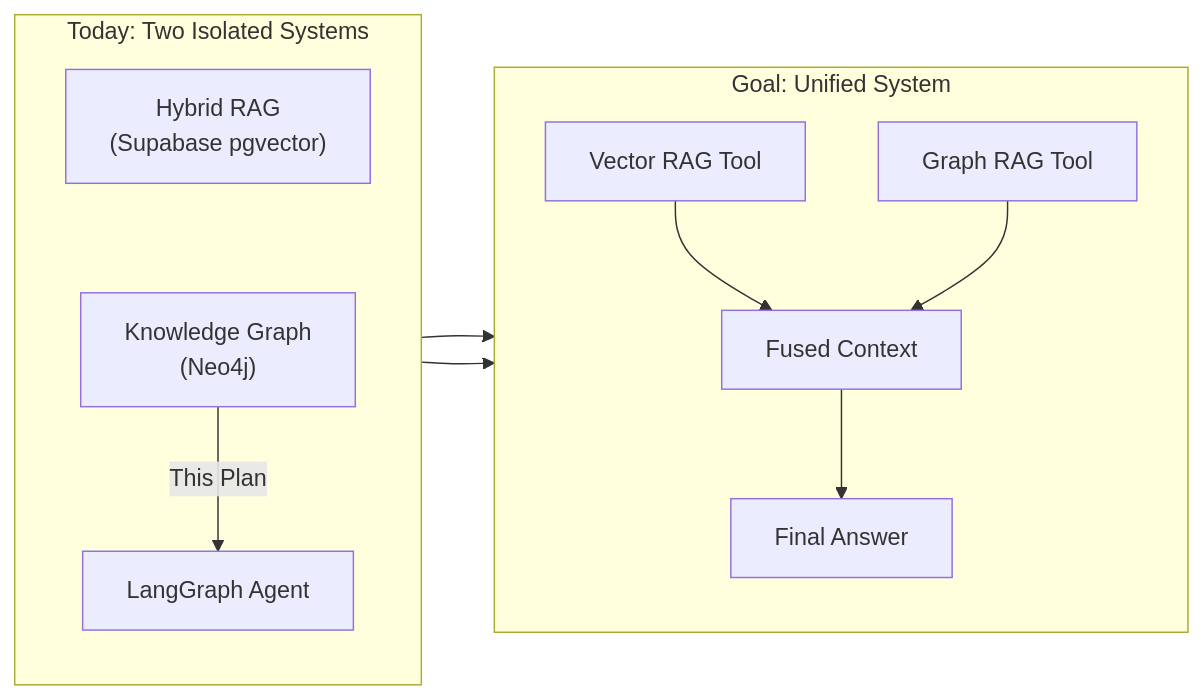
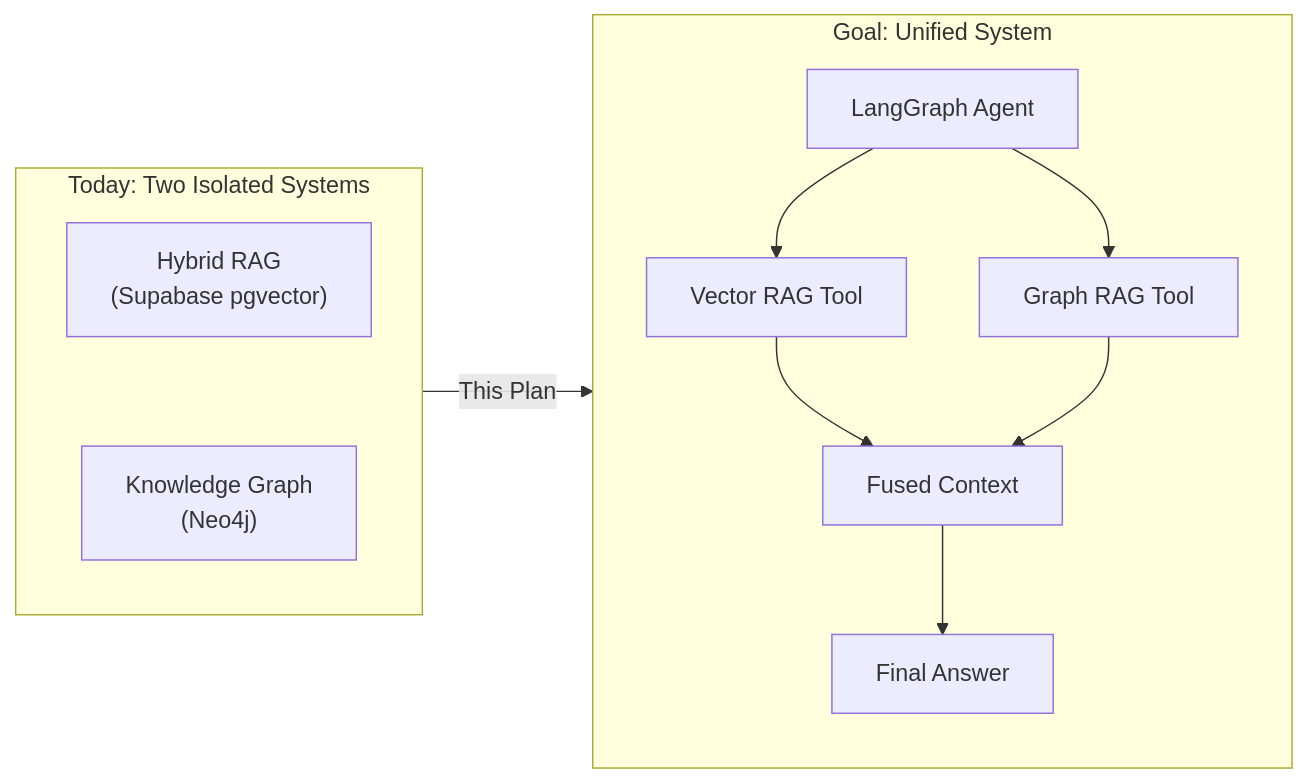
The first of 5 diagrams in docs/GRAPHRAG_INTEGRATION_PLAN.md (pranavkalal/crdc-graphrag), drawn with Mermaid before and after one commit. The commit also changed 4 other files, not shown here.

Commit message:
feat: add GraphRAG evaluation pipeline and document performance assessment results

````diff
--- a/docs/GRAPHRAG_INTEGRATION_PLAN.md
+++ b/docs/GRAPHRAG_INTEGRATION_PLAN.md
@@ -53,22 +53,23 @@
 ```mermaid
 flowchart LR
     subgraph TODAY["Today: Two Isolated Systems"]
         direction TB
         A["Hybrid RAG<br/>(Supabase pgvector)"]
         B["Knowledge Graph<br/>(Neo4j)"]
         A ~~~ B
+    end
+
     B -->|"This Plan"| C
-    end
     
     subgraph GOAL["Goal: Unified System"]
         direction TB
         C["LangGraph Agent"]
         D["Vector RAG Tool"]
         E["Graph RAG Tool"]
         C --> D
         C --> E
         D --> F["Fused Context"]
         E --> F
         F --> G["Final Answer"]
     end
 ```
````
